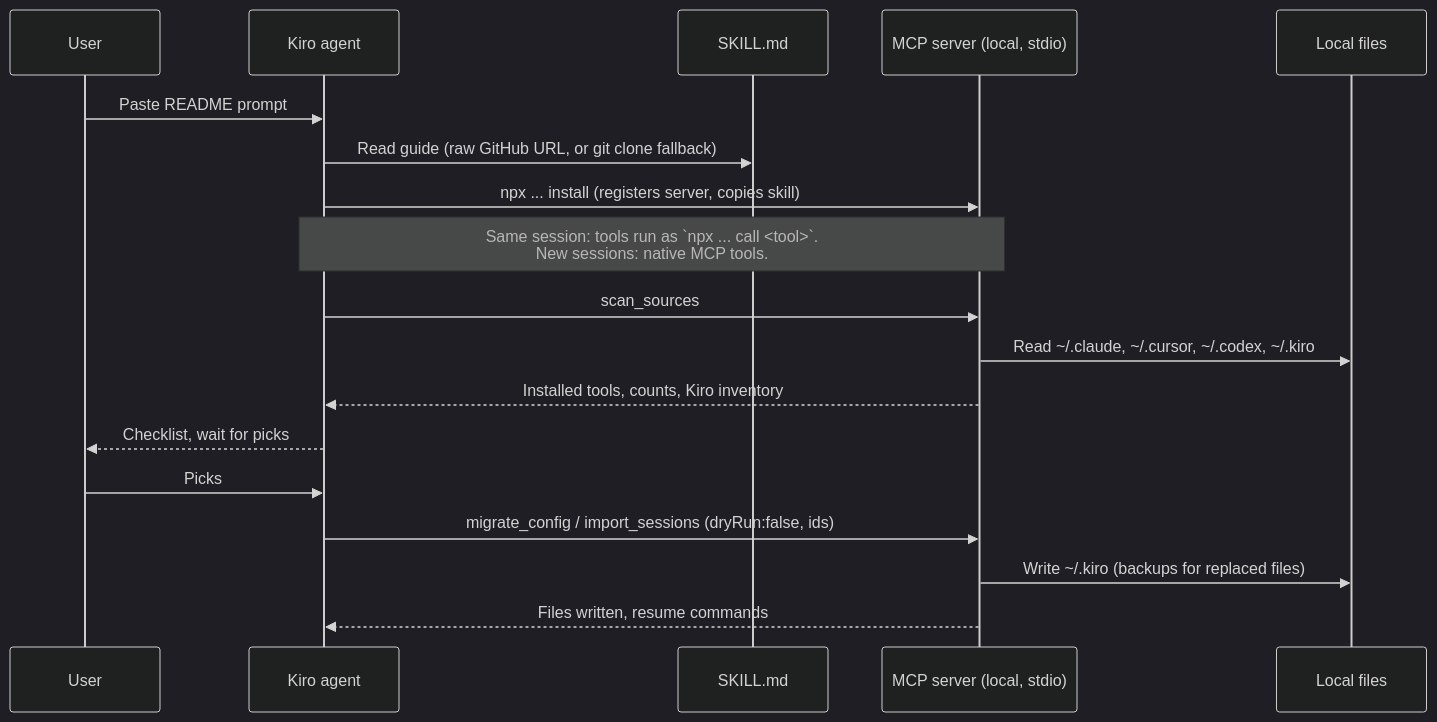
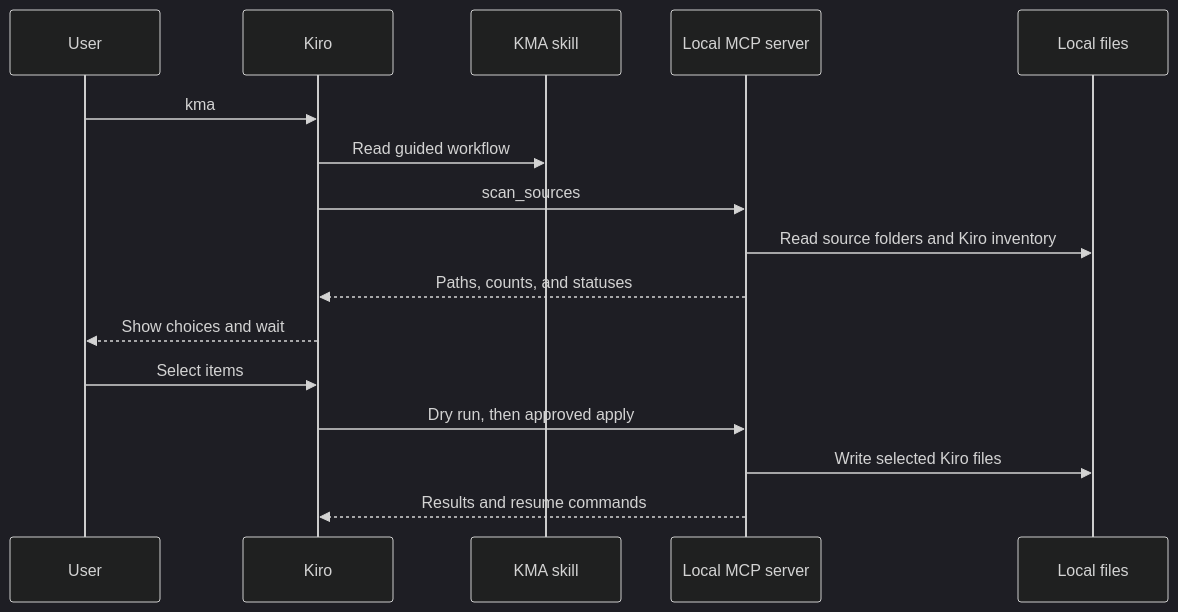
One commit to irshadc/kiro-migration-assistant changed the first of 2 diagrams in ARCHITECTURE.md. Above: the diagram before and after it, drawn with Mermaid (dark theme). The commit also changed other lines of this file and 3 other files, not shown here.

````diff
--- a/ARCHITECTURE.md
+++ b/ARCHITECTURE.md
@@ -48,20 +54,18 @@
 ```mermaid
 sequenceDiagram
     participant U as User
-    participant K as Kiro agent
-    participant S as SKILL.md
-    participant M as MCP server (local, stdio)
-    participant FS as Local files
-    U->>K: Paste README prompt
-    K->>S: Read guide (raw GitHub URL, or git clone fallback)
-    K->>M: npx ... install (registers server, copies skill)
-    Note over K,M: Same session: tools run as `npx ... call <tool>`.<br/>New sessions: native MCP tools.
+    participant K as Kiro
+    participant S as KMA skill
+    participant M as Local MCP server
+    participant F as Local files
+    U->>K: kma
+    K->>S: Read guided workflow
     K->>M: scan_sources
-    M->>FS: Read ~/.claude, ~/.cursor, ~/.codex, ~/.kiro
-    M-->>K: Installed tools, counts, Kiro inventory
-    K-->>U: Checklist, wait for picks
-    U->>K: Picks
-    K->>M: migrate_config / import_sessions (dryRun:false, ids)
-    M->>FS: Write ~/.kiro (backups for replaced files)
-    M-->>K: Files written, resume commands
+    M->>F: Read source folders and Kiro inventory
+    M-->>K: Paths, counts, and statuses
+    K-->>U: Show choices and wait
+    U->>K: Select items
+    K->>M: Dry run, then approved apply
+    M->>F: Write selected Kiro files
+    M-->>K: Results and resume commands
 ```
````
